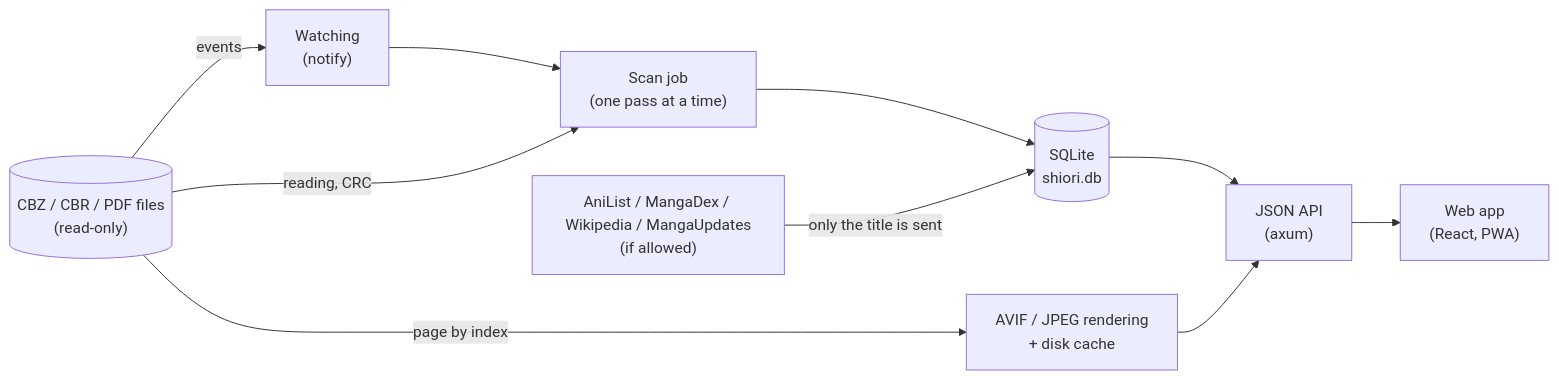
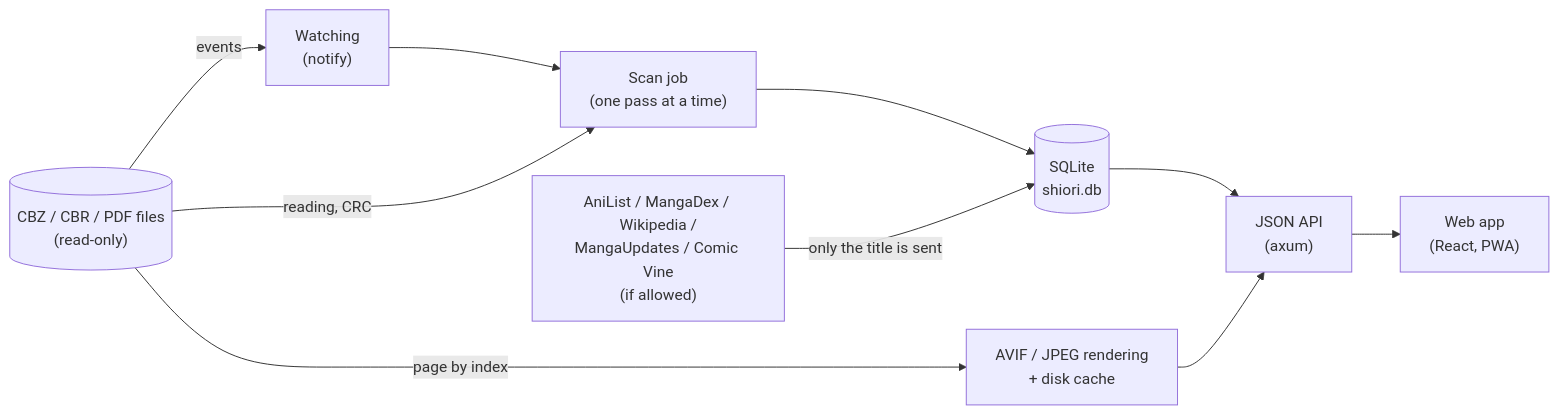
One commit to befa160/shiori changed the diagram in docs/en/technical/index.md. Above: the diagram before and after it, drawn with Mermaid. The commit also changed other lines of this file and 39 other files, not shown here.

First line of the commit message:
feat: source Comic Vine (1.4d) (#162)

````diff
--- a/docs/en/technical/index.md
+++ b/docs/en/technical/index.md
@@ -16,16 +16,16 @@
 ```mermaid
 flowchart LR
   F[("CBZ / CBR / PDF files<br/>(read-only)")]
   W["Watching<br/>(notify)"]
   J["Scan job<br/>(one pass at a time)"]
   DB[("SQLite<br/>shiori.db")]
   API["JSON API<br/>(axum)"]
   R["AVIF / JPEG rendering<br/>+ disk cache"]
-  M["AniList / MangaDex / Wikipedia / MangaUpdates<br/>(if allowed)"]
+  M["AniList / MangaDex / Wikipedia /<br/>MangaUpdates / Comic Vine<br/>(if allowed)"]
   UI["Web app<br/>(React, PWA)"]
   F -- events --> W --> J
   F -- reading, CRC --> J --> DB
   DB --> API --> UI
   F -- page by index --> R --> API
   M -- only the title is sent --> DB
 ```
````
